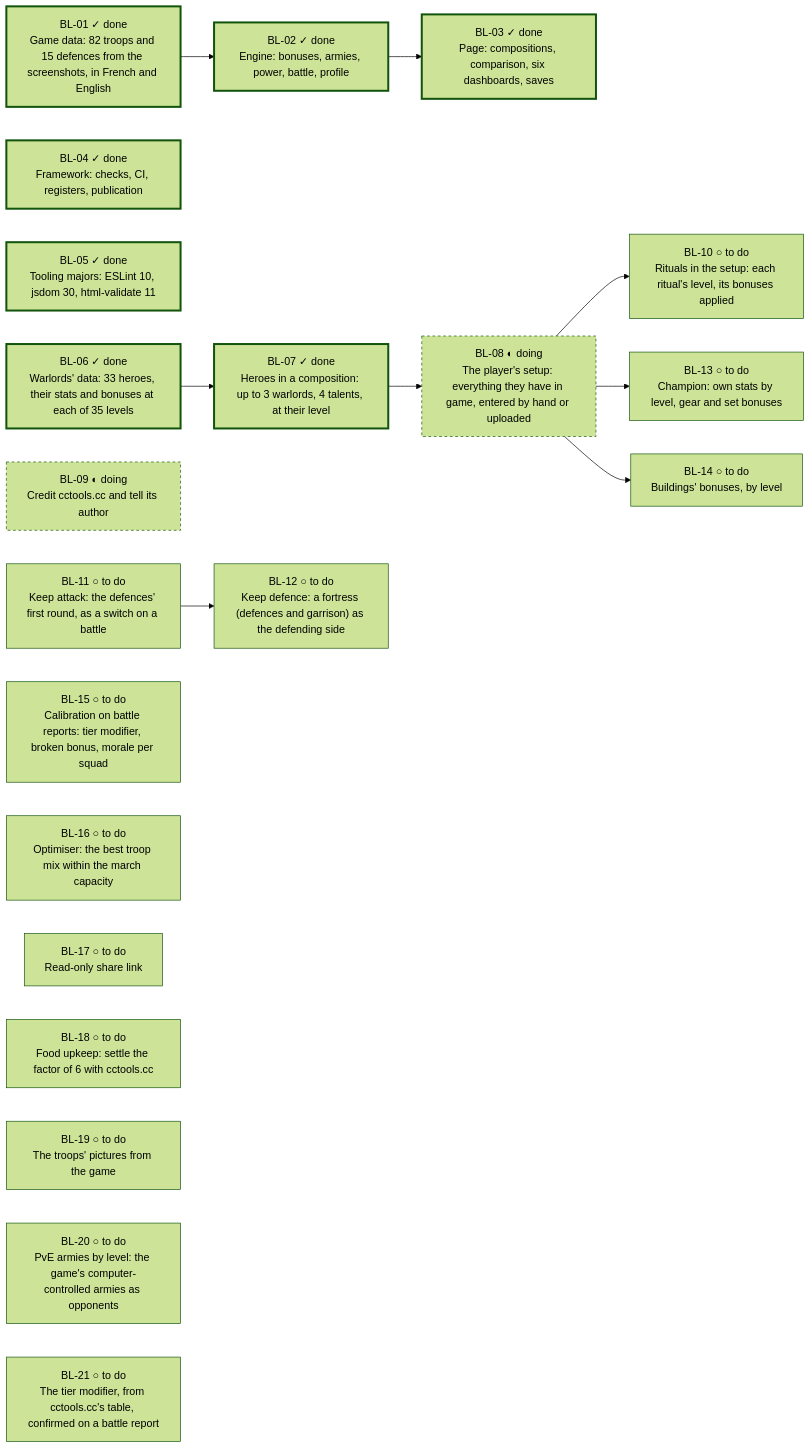
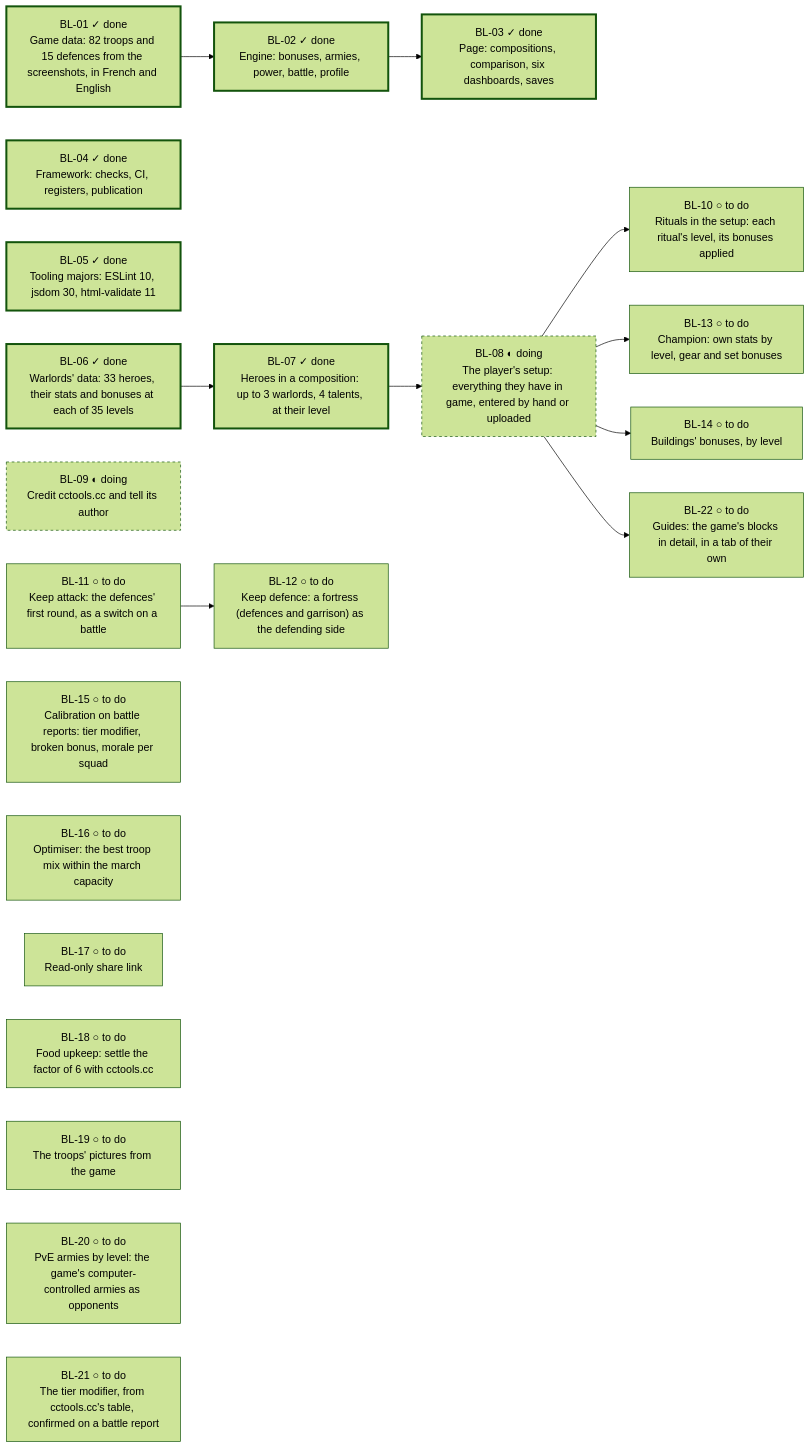
Before and after one commit to FrtZi/army-simulator: the diagram in docs/backlog.md, drawn with Mermaid (forest theme). The commit also changed other lines of this file and 2 other files, not shown here.

Commit message:
Guides, a tab of their own, entered as planned for Frantz's review: the game's blocks by type in detail, the heroes' guide first on their complete data, the others with theirs (GUIDE-01 to GUIDE-03, BL-22)

````diff
--- a/docs/backlog.md
+++ b/docs/backlog.md
@@ -41,35 +41,37 @@
 ```mermaid
 flowchart LR
   BL01["BL-01 ✓ done<br/>Game data: 82 troops and 15 defences from the screenshots, in French and English"]:::done
   BL02["BL-02 ✓ done<br/>Engine: bonuses, armies, power, battle, profile"]:::done
   BL01 --> BL02
   BL03["BL-03 ✓ done<br/>Page: compositions, comparison, six dashboards, saves"]:::done
   BL02 --> BL03
   BL04["BL-04 ✓ done<br/>Framework: checks, CI, registers, publication"]:::done
   BL05["BL-05 ✓ done<br/>Tooling majors: ESLint 10, jsdom 30, html-validate 11"]:::done
   BL06["BL-06 ✓ done<br/>Warlords' data: 33 heroes, their stats and bonuses at each of 35 levels"]:::done
   BL07["BL-07 ✓ done<br/>Heroes in a composition: up to 3 warlords, 4 talents, at their level"]:::done
   BL06 --> BL07
   BL08["BL-08 ◐ doing<br/>The player's setup: everything they have in game, entered by hand or uploaded"]:::doing
   BL07 --> BL08
   BL09["BL-09 ◐ doing<br/>Credit cctools.cc and tell its author"]:::doing
   BL10["BL-10 ○ to do<br/>Rituals in the setup: each ritual's level, its bonuses applied"]:::todo
   BL08 --> BL10
   BL11["BL-11 ○ to do<br/>Keep attack: the defences' first round, as a switch on a battle"]:::todo
   BL12["BL-12 ○ to do<br/>Keep defence: a fortress (defences and garrison) as the defending side"]:::todo
   BL11 --> BL12
   BL13["BL-13 ○ to do<br/>Champion: own stats by level, gear and set bonuses"]:::todo
   BL08 --> BL13
   BL14["BL-14 ○ to do<br/>Buildings' bonuses, by level"]:::todo
   BL08 --> BL14
   BL15["BL-15 ○ to do<br/>Calibration on battle reports: tier modifier, broken bonus, morale per squad"]:::todo
   BL16["BL-16 ○ to do<br/>Optimiser: the best troop mix within the march capacity"]:::todo
   BL17["BL-17 ○ to do<br/>Read-only share link"]:::todo
   BL18["BL-18 ○ to do<br/>Food upkeep: settle the factor of 6 with cctools.cc"]:::todo
   BL19["BL-19 ○ to do<br/>The troops' pictures from the game"]:::todo
   BL20["BL-20 ○ to do<br/>PvE armies by level: the game's computer-controlled armies as opponents"]:::todo
   BL21["BL-21 ○ to do<br/>The tier modifier, from cctools.cc's table, confirmed on a battle report"]:::todo
+  BL22["BL-22 ○ to do<br/>Guides: the game's blocks in detail, in a tab of their own"]:::todo
+  BL08 --> BL22
   classDef done stroke-width:3px
   classDef doing stroke-dasharray:4
   classDef todo stroke-width:1px
 ```
````
